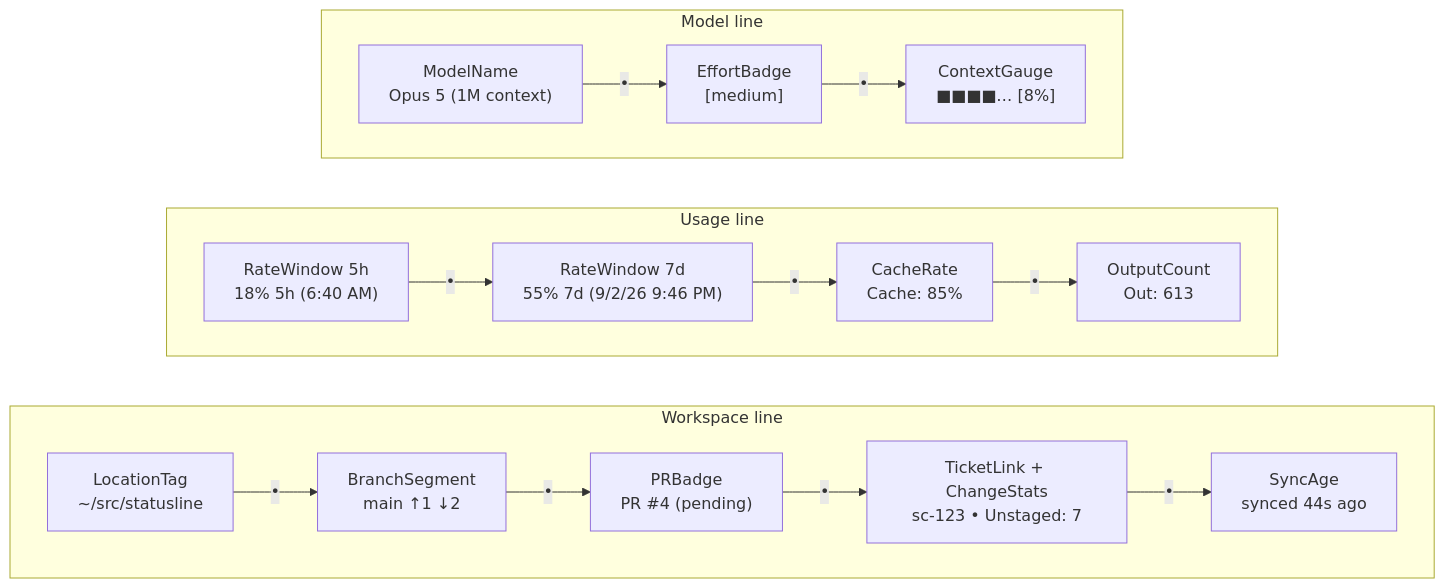
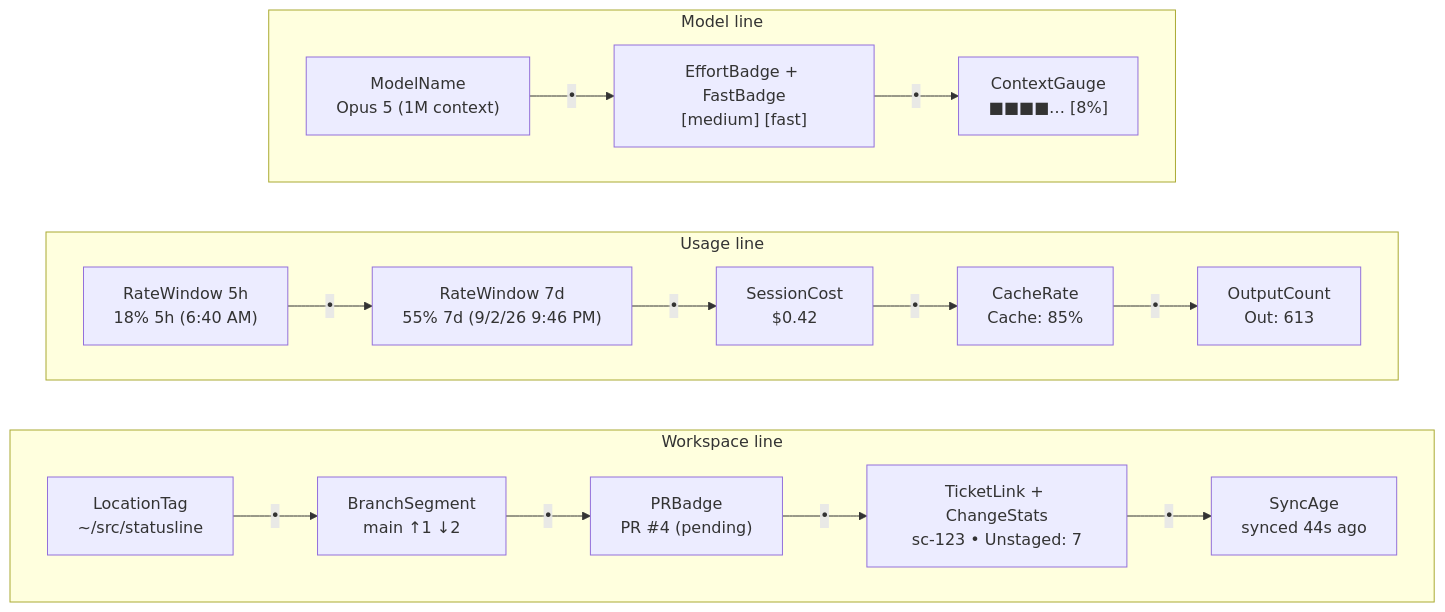
The diagram in README.md (okize/statusline), drawn with Mermaid before and after one commit. The commit also changed other lines of this file and 6 other files, not shown here.

First line of the commit message:
feat: add [fast] badge and session-cost segment

````diff
--- a/README.md
+++ b/README.md
@@ -30,19 +30,19 @@
 ```mermaid
 flowchart TB
     subgraph ModelLine["Model line"]
         direction LR
-        ModelName["ModelName<br/>Opus 5 (1M context)"] -- "•" --> EffortBadge["EffortBadge<br/>[medium]"] -- "•" --> ContextGauge["ContextGauge<br/>■■■■… [8%]"]
+        ModelName["ModelName<br/>Opus 5 (1M context)"] -- "•" --> EffortBadge["EffortBadge + FastBadge<br/>[medium] [fast]"] -- "•" --> ContextGauge["ContextGauge<br/>■■■■… [8%]"]
     end
 
     subgraph UsageLine["Usage line"]
         direction LR
-        RateWindow5["RateWindow 5h<br/>18% 5h (6:40 AM)"] -- "•" --> RateWindow7["RateWindow 7d<br/>55% 7d (9/2/26 9:46 PM)"] -- "•" --> CacheRate["CacheRate<br/>Cache: 85%"] -- "•" --> OutputCount["OutputCount<br/>Out: 613"]
+        RateWindow5["RateWindow 5h<br/>18% 5h (6:40 AM)"] -- "•" --> RateWindow7["RateWindow 7d<br/>55% 7d (9/2/26 9:46 PM)"] -- "•" --> SessionCost["SessionCost<br/>$0.42"] -- "•" --> CacheRate["CacheRate<br/>Cache: 85%"] -- "•" --> OutputCount["OutputCount<br/>Out: 613"]
     end
 
     subgraph WorkspaceLine["Workspace line"]
         direction LR
         LocationTag["LocationTag<br/>~/src/statusline"] -- "•" --> BranchSegment["BranchSegment<br/>main ↑1 ↓2"] -- "•" --> PRBadge["PRBadge<br/>PR #4 (pending)"] -- "•" --> ChangeStats["TicketLink + ChangeStats<br/>sc-123 • Unstaged: 7"] -- "•" --> SyncAge["SyncAge<br/>synced 44s ago"]
     end
 
     ModelLine ~~~ UsageLine ~~~ WorkspaceLine
 ```
````
